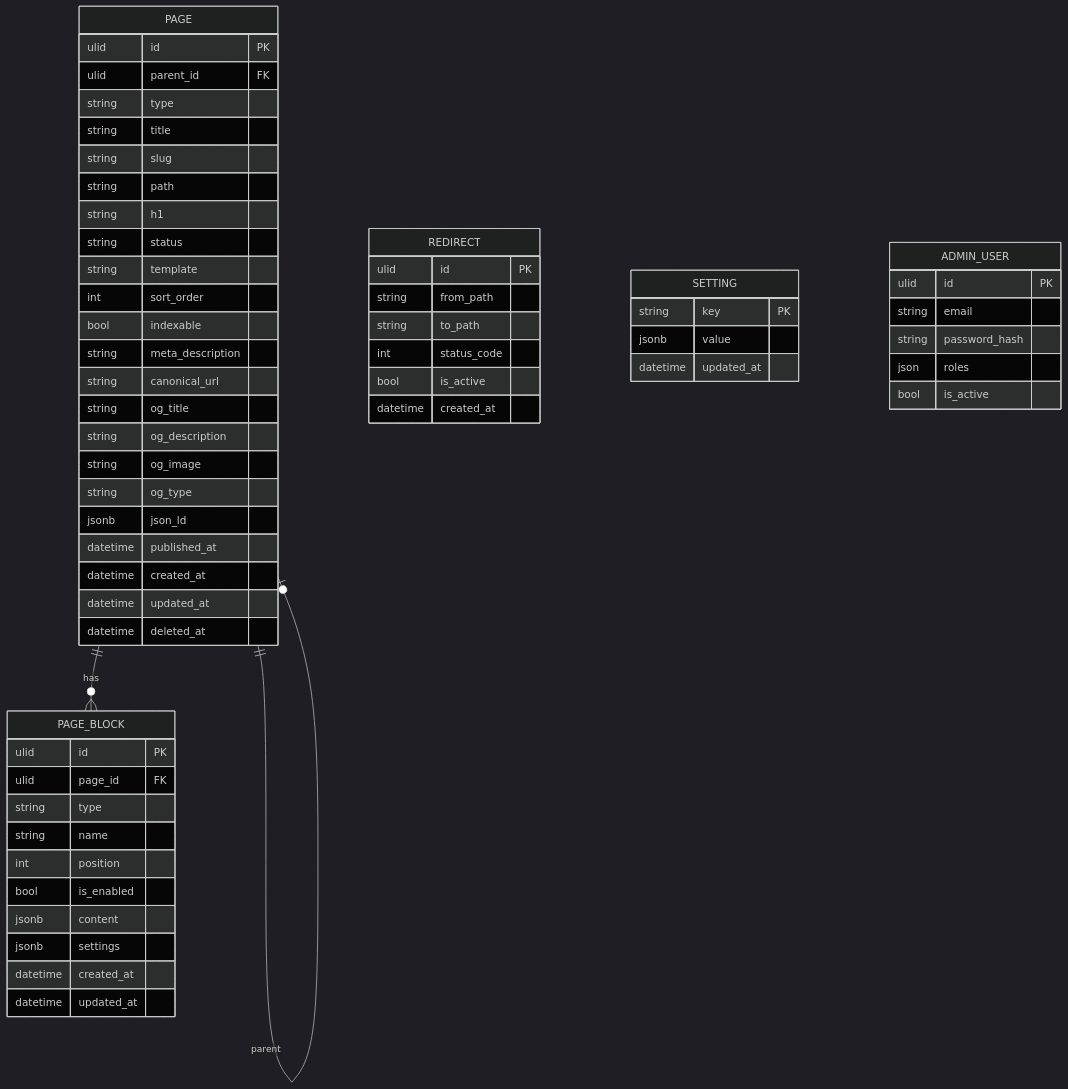
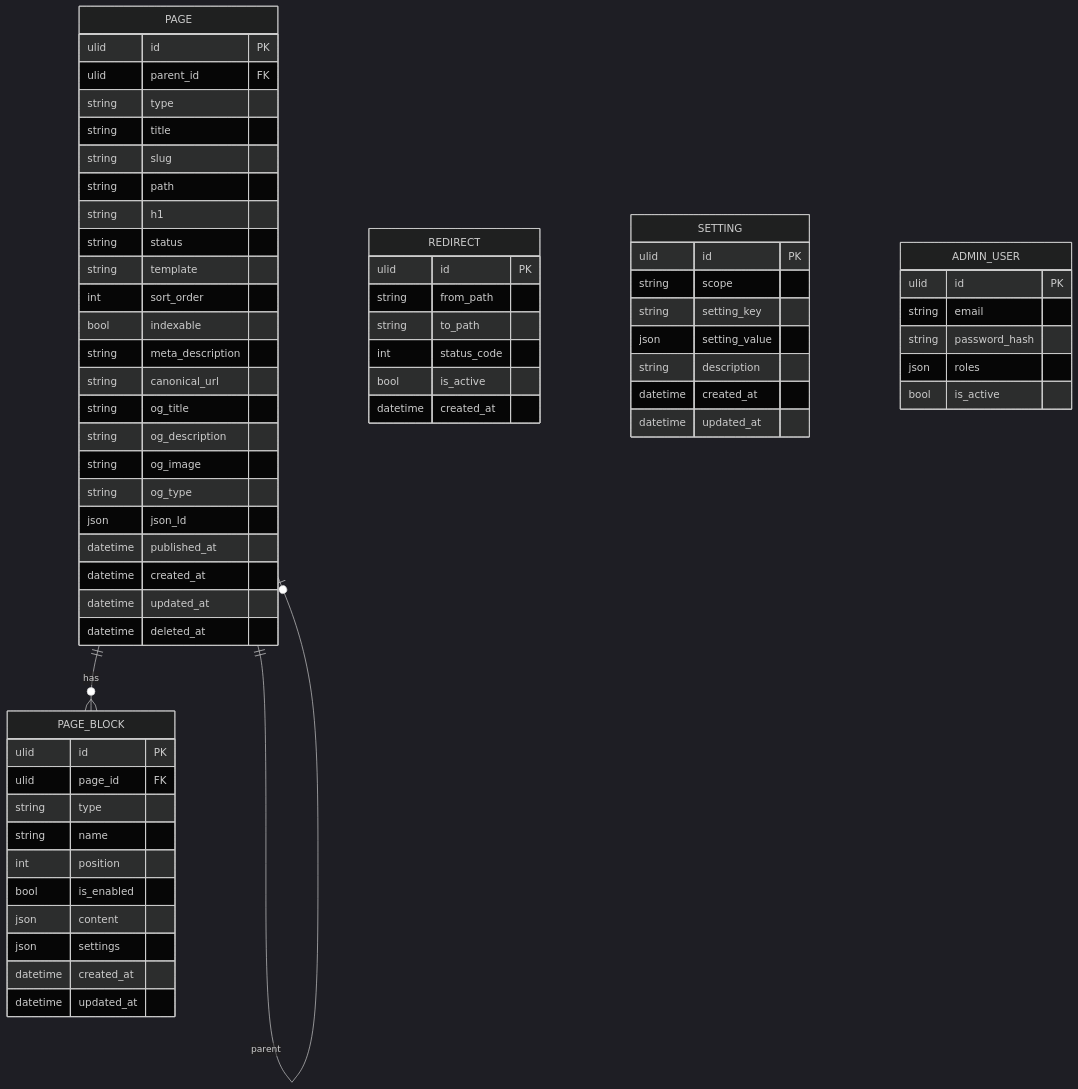
Before and after one commit to ariestop/zaborprofil: the second of 5 diagrams in docs/05-domain-model.md, drawn with Mermaid (dark theme). The commit also changed other lines of this file and 50 other files, not shown here.

````diff
--- a/docs/05-domain-model.md
+++ b/docs/05-domain-model.md
@@ -94,61 +96,65 @@
 ```mermaid
 erDiagram
     PAGE ||--o{ PAGE_BLOCK : "has"
     PAGE ||--o| PAGE : "parent"
     PAGE {
         ulid id PK
         ulid parent_id FK
         string type
         string title
         string slug
         string path
         string h1
         string status
         string template
         int sort_order
         bool indexable
         string meta_description
         string canonical_url
         string og_title
         string og_description
         string og_image
         string og_type
-        jsonb json_ld
+        json json_ld
         datetime published_at
         datetime created_at
         datetime updated_at
         datetime deleted_at
     }
     PAGE_BLOCK {
         ulid id PK
         ulid page_id FK
         string type
         string name
         int position
         bool is_enabled
-        jsonb content
-        jsonb settings
+        json content
+        json settings
         datetime created_at
         datetime updated_at
     }
     REDIRECT {
         ulid id PK
         string from_path
         string to_path
         int status_code
         bool is_active
         datetime created_at
     }
     SETTING {
-        string key PK
-        jsonb value
+        ulid id PK
+        string scope
+        string setting_key
+        json setting_value
+        string description
+        datetime created_at
         datetime updated_at
     }
     ADMIN_USER {
         ulid id PK
         string email
         string password_hash
         json roles
         bool is_active
     }
 ```
````
